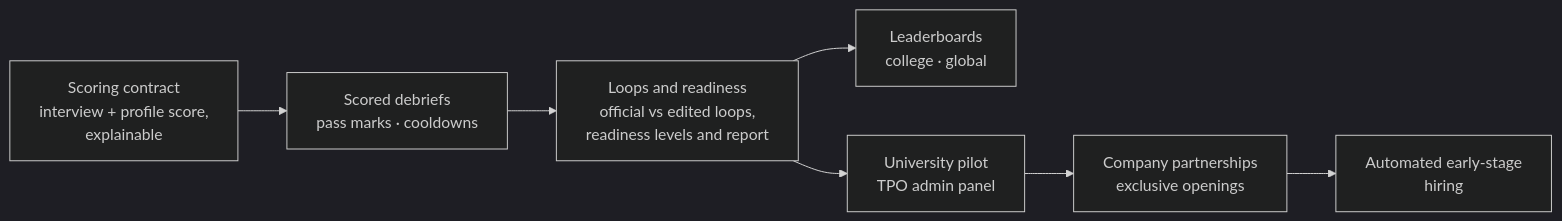
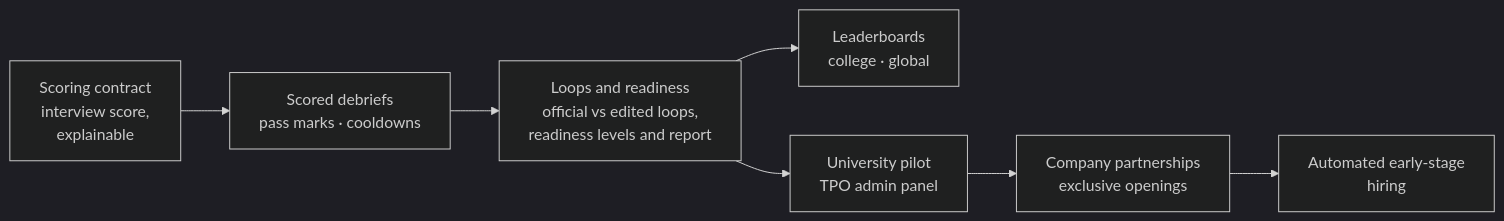
Before and after one commit to DeepanshuTyagi2004/interviewiq: the eighth of 8 diagrams in README.md, drawn with Mermaid (dark theme). The commit also changed other lines of this file and 3 other files, not shown here.

First line of the commit message:
docs: one score on the profile — the interview score

````diff
--- a/README.md
+++ b/README.md
@@ -566,9 +566,9 @@
 ```mermaid
 flowchart LR
-    M1["Scoring contract<br/>interview + profile score,<br/>explainable"] --> M2["Scored debriefs<br/>pass marks · cooldowns"]
+    M1["Scoring contract<br/>interview score,<br/>explainable"] --> M2["Scored debriefs<br/>pass marks · cooldowns"]
     M2 --> M3["Loops and readiness<br/>official vs edited loops,<br/>readiness levels and report"]
     M3 --> M4["Leaderboards<br/>college · global"]
     M3 --> M5["University pilot<br/>TPO admin panel"]
     M5 --> M6["Company partnerships<br/>exclusive openings"]
     M6 --> M7["Automated early-stage<br/>hiring"]
 ```
````
